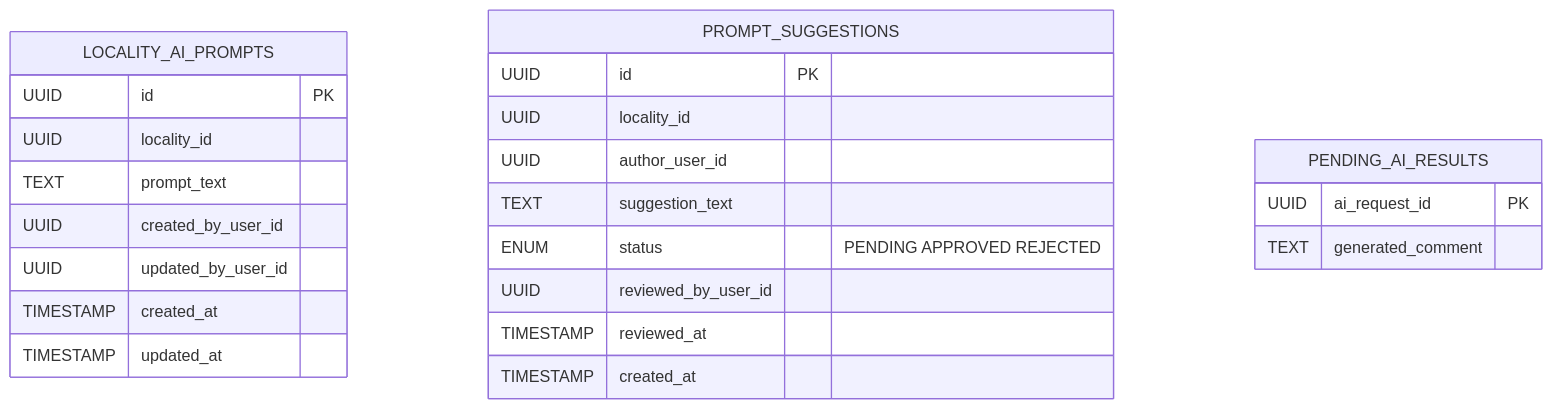
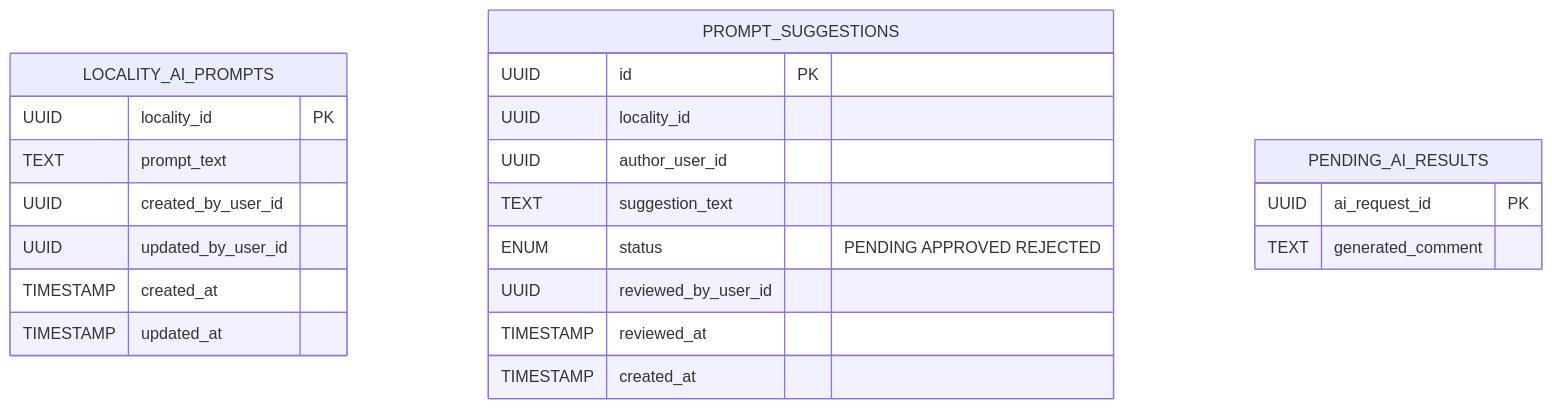
The diagram in docs/erd.md (StepanNazar/city-report-ai-assistance-service), drawn with Mermaid before and after one commit.

````diff
--- a/docs/erd.md
+++ b/docs/erd.md
@@ -1,29 +1,28 @@
 ```mermaid
 erDiagram
 
     LOCALITY_AI_PROMPTS {
-        UUID id PK
-        UUID locality_id
+        UUID locality_id PK
         TEXT prompt_text
         UUID created_by_user_id
         UUID updated_by_user_id
         TIMESTAMP created_at
         TIMESTAMP updated_at
     }
 
     PROMPT_SUGGESTIONS {
         UUID id PK
         UUID locality_id
         UUID author_user_id
         TEXT suggestion_text
         ENUM status "PENDING APPROVED REJECTED"
         UUID reviewed_by_user_id
         TIMESTAMP reviewed_at
         TIMESTAMP created_at
     }
 
     PENDING_AI_RESULTS {
         UUID ai_request_id PK
         TEXT generated_comment
     }
 ```
````
